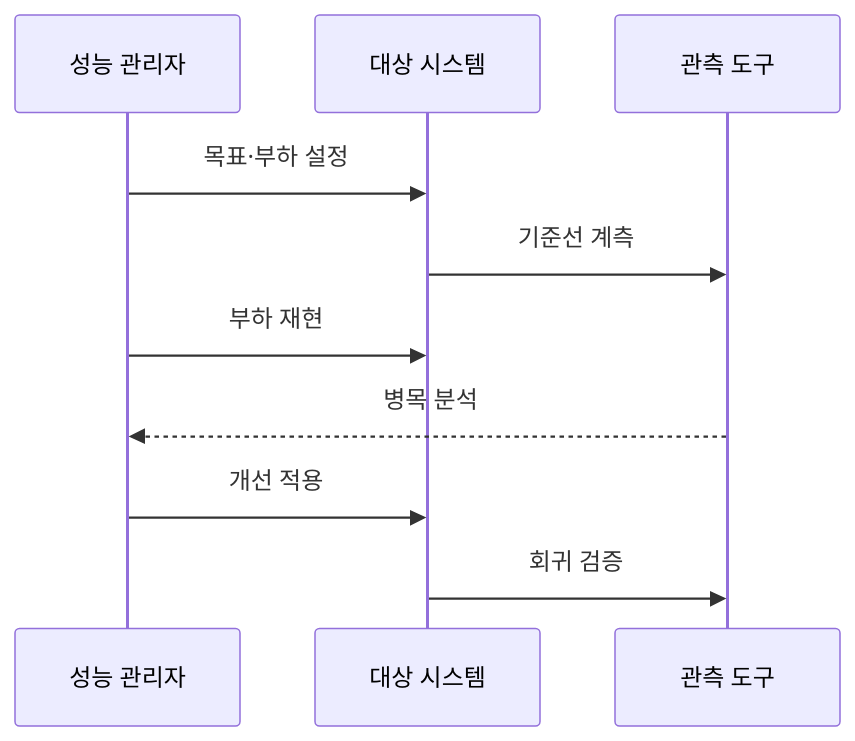
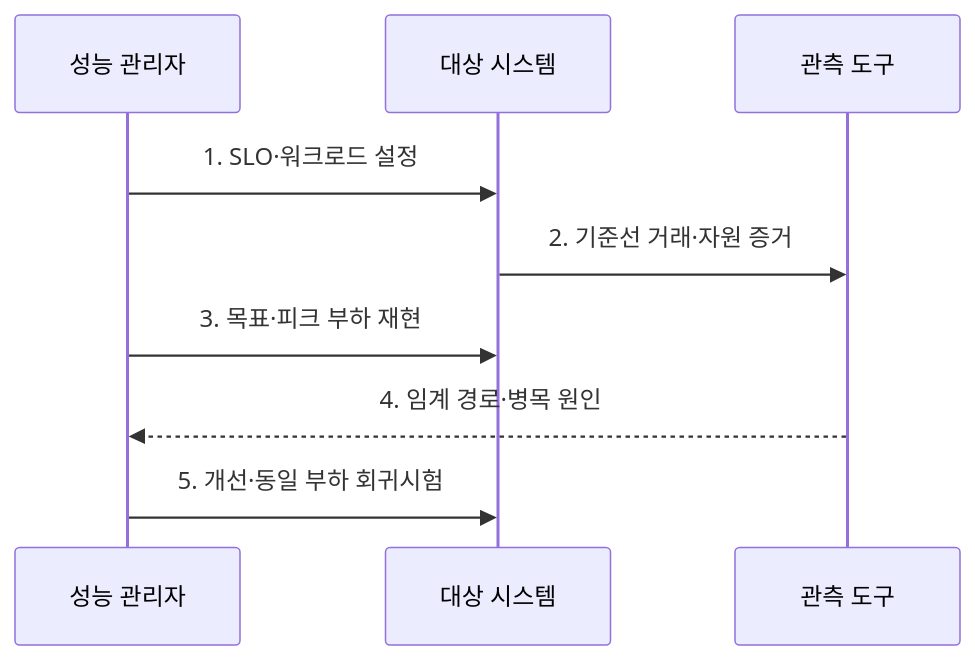
The second of 2 diagrams in src/content/docs/notes/06-evaluation/049_is_performance_management.md (agnusdei1207/knowledge-base), drawn with Mermaid before and after one commit. The commit also changed other lines of this file and 9 other files, not shown here.

````diff
--- a/src/content/docs/notes/06-evaluation/049_is_performance_management.md
+++ b/src/content/docs/notes/06-evaluation/049_is_performance_management.md
@@ -90,12 +88,11 @@
 ```mermaid
 sequenceDiagram
     participant M as 성능 관리자
     participant S as 대상 시스템
     participant A as 관측 도구
-    M->>S: 목표·부하 설정
-    S->>A: 기준선 계측
-    M->>S: 부하 재현
-    A-->>M: 병목 분석
-    M->>S: 개선 적용
-    S->>A: 회귀 검증
+    M->>S: 1. SLO·워크로드 설정
+    S->>A: 2. 기준선 거래·자원 증거
+    M->>S: 3. 목표·피크 부하 재현
+    A-->>M: 4. 임계 경로·병목 원인
+    M->>S: 5. 개선·동일 부하 회귀시험
 ```
````
